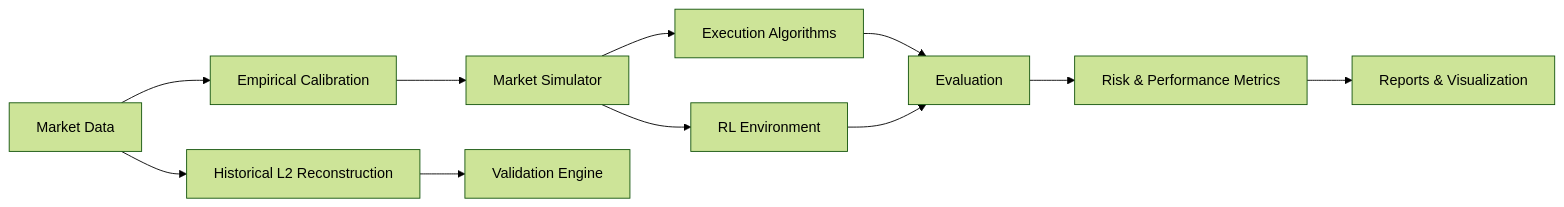
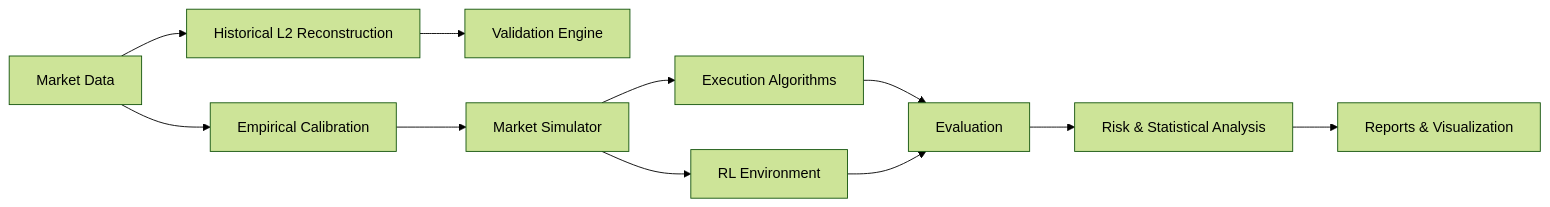
Before and after one commit to damraka/CleoLOB: the diagram in README.md, drawn with Mermaid (forest theme). The commit also changed other lines of this file, not shown here.

````diff
--- a/README.md
+++ b/README.md
@@ -60,13 +73,17 @@
 ```mermaid
 flowchart LR
     A[Market Data] --> B[Historical L2 Reconstruction]
     A --> C[Empirical Calibration]
-    C --> D[Market Simulator]
-    B --> E[Validation Engine]
-    D --> F[Execution Algorithms]
-    D --> G[RL Environment]
+
+    B --> D[Validation Engine]
+    C --> E[Market Simulator]
+
+    E --> F[Execution Algorithms]
+    E --> G[RL Environment]
+
     F --> H[Evaluation]
     G --> H
-    H --> I[Risk & Performance Metrics]
+
+    H --> I[Risk & Statistical Analysis]
     I --> J[Reports & Visualization]
 ```
````
